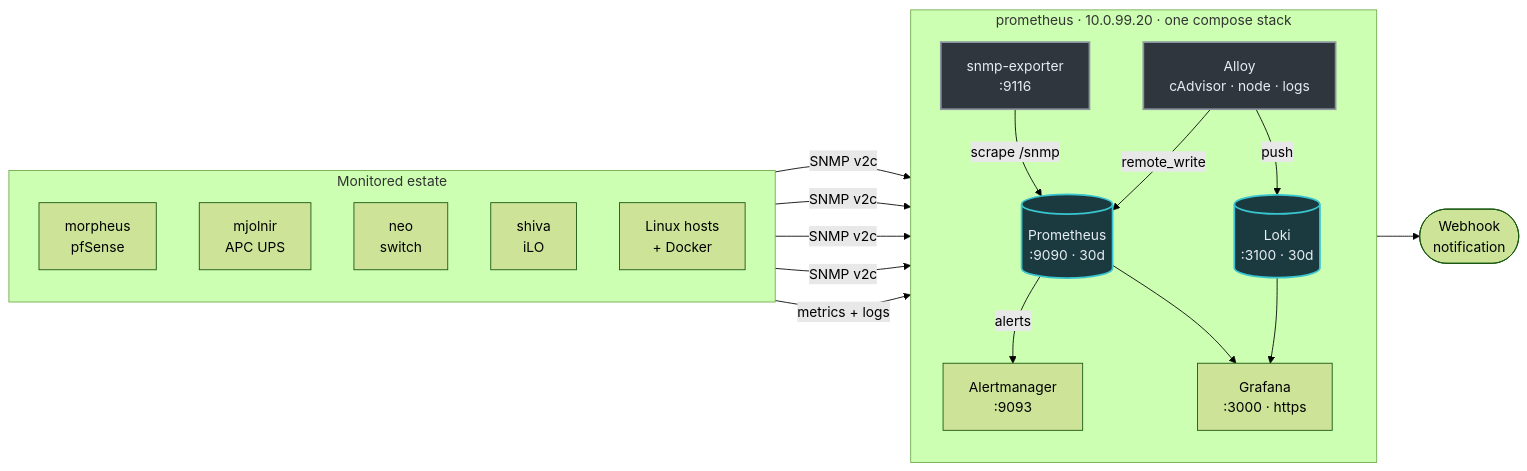
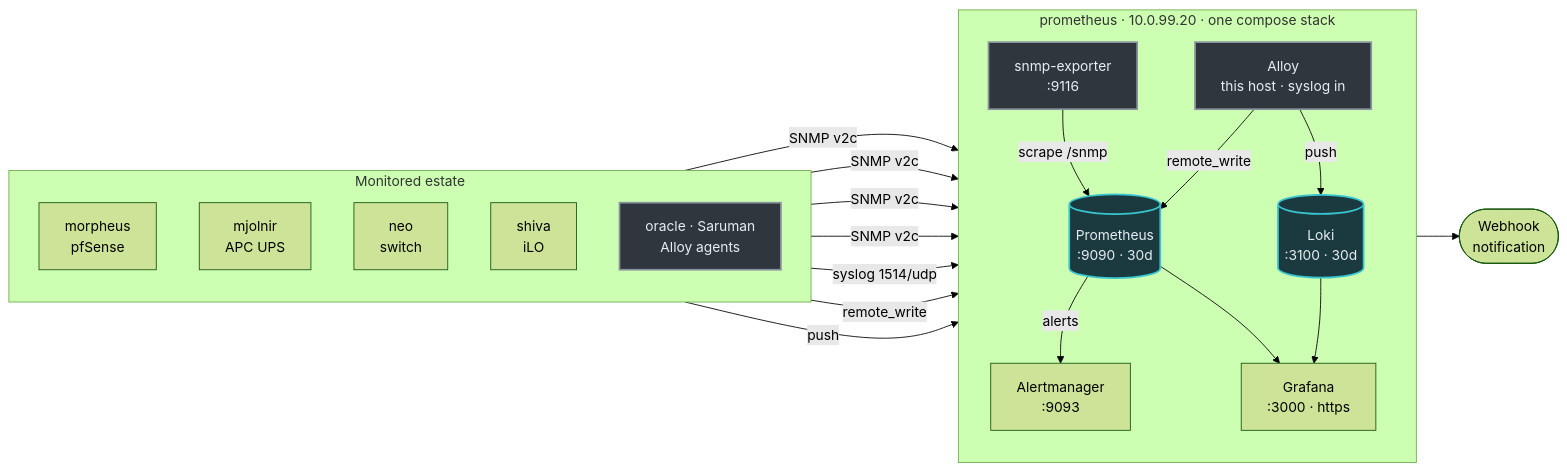
Before and after one commit to Gerrrt/HomeLab: the second of 2 diagrams in docs/architecture.md, drawn with Mermaid (forest theme). The commit also changed other lines of this file and 23 other files, not shown here.

````diff
--- a/docs/architecture.md
+++ b/docs/architecture.md
@@ -114,46 +114,48 @@
 ```mermaid
 graph LR
     subgraph Sources["Monitored estate"]
         direction TB
         PF["morpheus<br/>pfSense"]
         UPSD["mjolnir<br/>APC UPS"]
         SWD["neo<br/>switch"]
         ILO["shiva<br/>iLO"]
-        HOSTS["Linux hosts<br/>+ Docker"]
+        AGENTS["oracle · Saruman<br/>Alloy agents"]
     end
 
     subgraph Stack["prometheus · 10.0.99.20 · one compose stack"]
         direction TB
         SNMP["snmp-exporter<br/>:9116"]
-        ALLOY["Alloy<br/>cAdvisor · node · logs"]
+        ALLOY["Alloy<br/>this host · syslog in"]
         PROM[("Prometheus<br/>:9090 · 30d")]
         LOKI[("Loki<br/>:3100 · 30d")]
         AM["Alertmanager<br/>:9093"]
         GRAF["Grafana<br/>:3000 · https"]
     end
 
     OUT([Webhook<br/>notification])
 
     PF -->|SNMP v2c| SNMP
     UPSD -->|SNMP v2c| SNMP
     SWD -->|SNMP v2c| SNMP
     ILO -->|SNMP v2c| SNMP
-    HOSTS -->|metrics + logs| ALLOY
+    PF -->|syslog 1514/udp| ALLOY
+    AGENTS -->|remote_write| PROM
+    AGENTS -->|push| LOKI
 
     SNMP -->|scrape /snmp| PROM
     ALLOY -->|remote_write| PROM
     ALLOY -->|push| LOKI
     PROM -->|alerts| AM
     AM --> OUT
     PROM --> GRAF
     LOKI --> GRAF
 
     %% Deliberately outside the VLAN palette — this diagram is about data
     %% paths, not segments, and reusing a cable colour here would read as a
     %% claim about which segment a component is on. Grey means the same thing
     %% in both diagrams: plumbing. No dashes — that means "terminal" now.
     classDef store fill:#1b3a3f,stroke:#39c5cf,color:#e6edf3,stroke-width:2px
     classDef agent fill:#30363d,stroke:#8b949e,color:#e6edf3,stroke-width:2px
     class PROM,LOKI store
-    class SNMP,ALLOY agent
+    class SNMP,ALLOY,AGENTS agent
 ```
````
